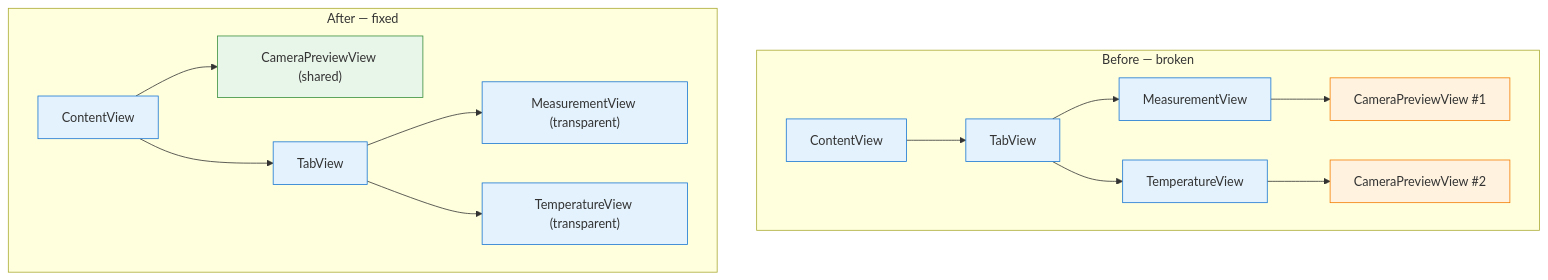
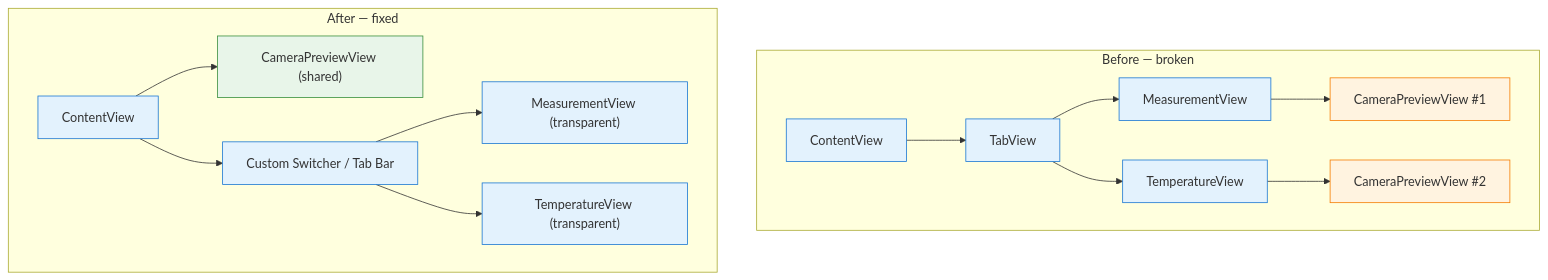
Before and after one commit to minho5889/light-meter: the diagram in docs/debugging/black-screen-post-mortem.md, drawn with Mermaid. The commit also changed other lines of this file and 2 other files, not shown here.

Commit message:
docs: update troubleshooting and post-mortem files to reflect custom tab switcher

````diff
--- a/docs/debugging/black-screen-post-mortem.md
+++ b/docs/debugging/black-screen-post-mortem.md
@@ -95,42 +95,42 @@
 ```mermaid
 graph TD
     subgraph Before["Before — broken"]
         CV1["ContentView"]
         TV1["TabView"]
         MV1["MeasurementView"]
         CPV1["CameraPreviewView #1"]
         TEV1["TemperatureView"]
         CPV2["CameraPreviewView #2"]
 
         CV1 --> TV1
         TV1 --> MV1
         TV1 --> TEV1
         MV1 --> CPV1
         TEV1 --> CPV2
     end
 
     subgraph After["After — fixed"]
         CV2["ContentView"]
         CPV3["CameraPreviewView (shared)"]
-        TV2["TabView"]
+        CS["Custom Switcher / Tab Bar"]
         MV2["MeasurementView (transparent)"]
         TEV2["TemperatureView (transparent)"]
 
         CV2 --> CPV3
-        CV2 --> TV2
-        TV2 --> MV2
-        TV2 --> TEV2
+        CV2 --> CS
+        CS --> MV2
+        CS --> TEV2
     end
 
     style CPV1 fill:#fff3e0,stroke:#f57c00
     style CPV2 fill:#fff3e0,stroke:#f57c00
     style CPV3 fill:#e8f5e9,stroke:#388e3c
     style CV1 fill:#e3f2fd,stroke:#1976d2
     style CV2 fill:#e3f2fd,stroke:#1976d2
     style TV1 fill:#e3f2fd,stroke:#1976d2
-    style TV2 fill:#e3f2fd,stroke:#1976d2
+    style CS fill:#e3f2fd,stroke:#1976d2
     style MV1 fill:#e3f2fd,stroke:#1976d2
     style MV2 fill:#e3f2fd,stroke:#1976d2
     style TEV1 fill:#e3f2fd,stroke:#1976d2
     style TEV2 fill:#e3f2fd,stroke:#1976d2
 ```
````
